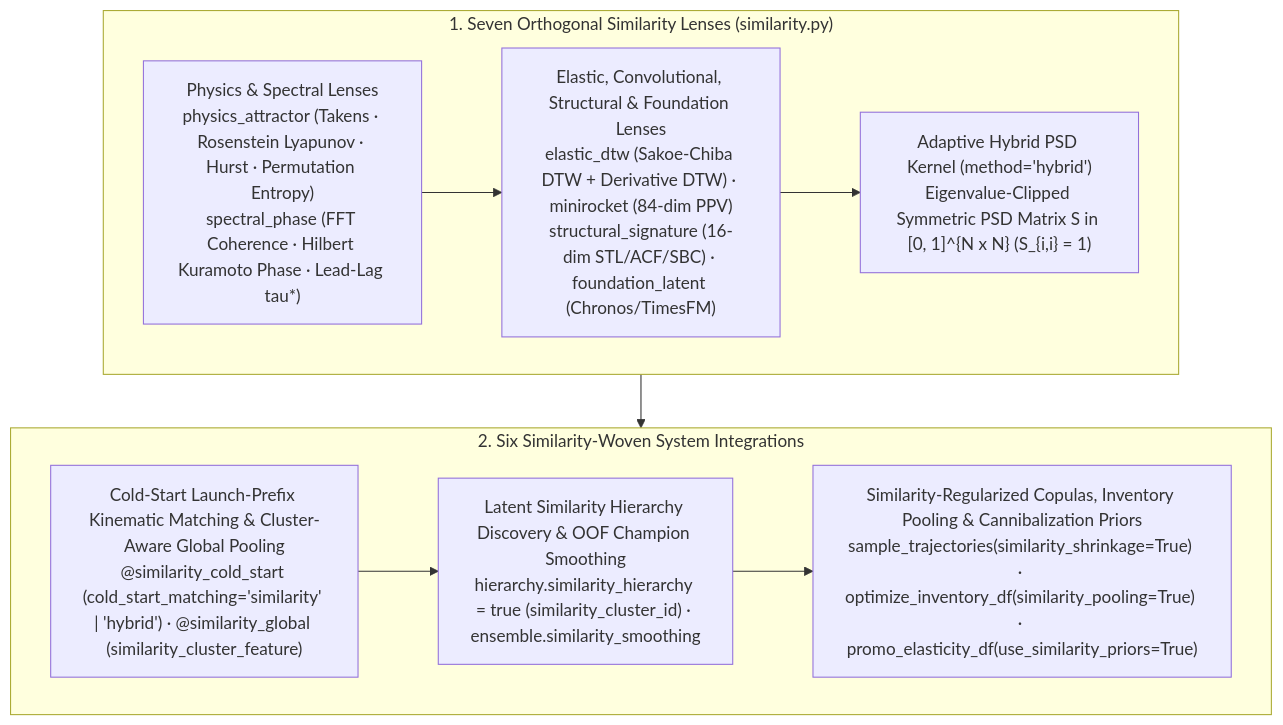
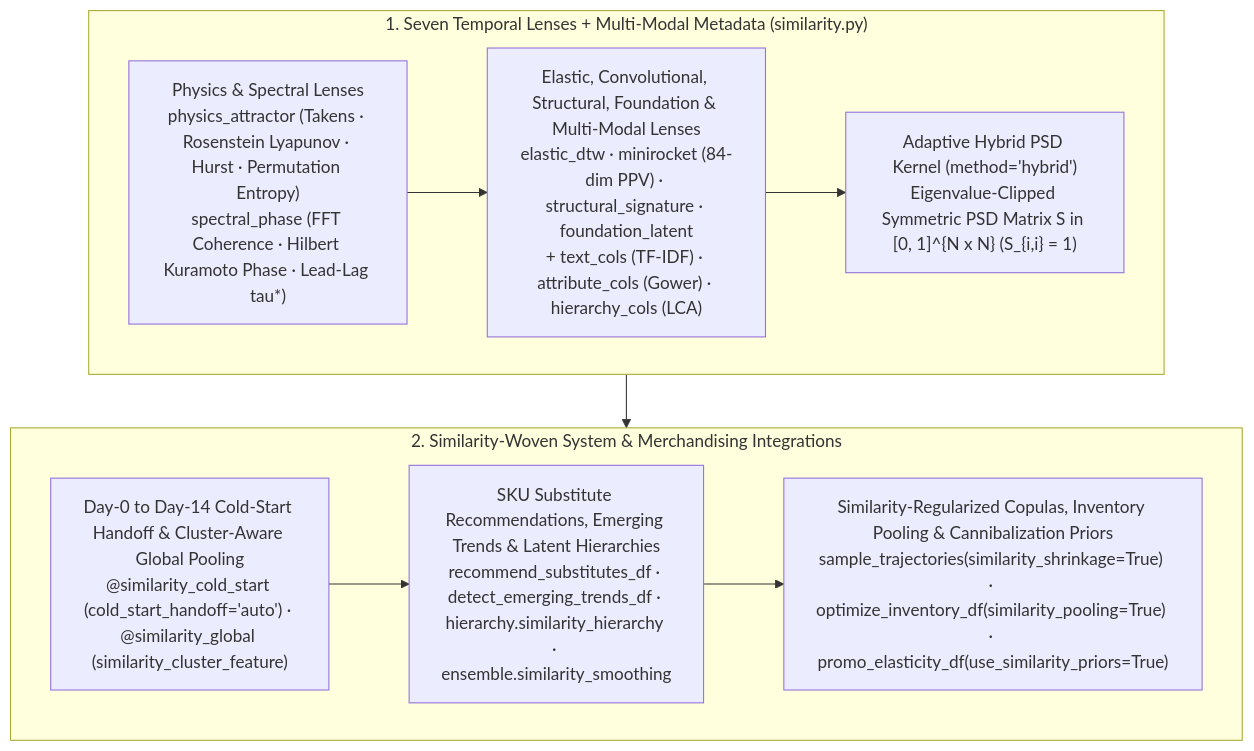
Before and after one commit to statmike/scale-forecasting: the fifth of 5 diagrams in docs/forecaster_workbench.md, drawn with Mermaid. The commit also changed other lines of this file and 21 other files, not shown here.

Commit message:
feat(sdk,mcp,docs,notebooks): expose multi-modal similarity, substitutes, and emerging trends across workbench, MCP, live cloud validation, and persisted notebooks

````diff
--- a/docs/forecaster_workbench.md
+++ b/docs/forecaster_workbench.md
@@ -264,16 +264,16 @@
 ```mermaid
 flowchart TD
-    subgraph LENS["1. Seven Orthogonal Similarity Lenses (similarity.py)"]
+    subgraph LENS["1. Seven Temporal Lenses + Multi-Modal Metadata (similarity.py)"]
         L1["Physics & Spectral Lenses<br/>physics_attractor (Takens · Rosenstein Lyapunov · Hurst · Permutation Entropy)<br/>spectral_phase (FFT Coherence · Hilbert Kuramoto Phase · Lead-Lag tau*)"]
-        L2["Elastic, Convolutional, Structural & Foundation Lenses<br/>elastic_dtw (Sakoe-Chiba DTW + Derivative DTW) · minirocket (84-dim PPV)<br/>structural_signature (16-dim STL/ACF/SBC) · foundation_latent (Chronos/TimesFM)"]
+        L2["Elastic, Convolutional, Structural, Foundation & Multi-Modal Lenses<br/>elastic_dtw · minirocket (84-dim PPV) · structural_signature · foundation_latent<br/>+ text_cols (TF-IDF) · attribute_cols (Gower) · hierarchy_cols (LCA)"]
         L3["Adaptive Hybrid PSD Kernel (method='hybrid')<br/>Eigenvalue-Clipped Symmetric PSD Matrix S in [0, 1]^{N x N} (S_{i,i} = 1)"]
         L1 --> L2 --> L3
     end
-    subgraph WEAVE["2. Six Similarity-Woven System Integrations"]
-        W1["Cold-Start Launch-Prefix Kinematic Matching & Cluster-Aware Global Pooling<br/>@similarity_cold_start (cold_start_matching='similarity' | 'hybrid') · @similarity_global (similarity_cluster_feature)"]
-        W2["Latent Similarity Hierarchy Discovery & OOF Champion Smoothing<br/>hierarchy.similarity_hierarchy = true (similarity_cluster_id) · ensemble.similarity_smoothing"]
+    subgraph WEAVE["2. Similarity-Woven System & Merchandising Integrations"]
+        W1["Day-0 to Day-14 Cold-Start Handoff & Cluster-Aware Global Pooling<br/>@similarity_cold_start (cold_start_handoff='auto') · @similarity_global (similarity_cluster_feature)"]
+        W2["SKU Substitute Recommendations, Emerging Trends & Latent Hierarchies<br/>recommend_substitutes_df · detect_emerging_trends_df · hierarchy.similarity_hierarchy · ensemble.similarity_smoothing"]
         W3["Similarity-Regularized Copulas, Inventory Pooling & Cannibalization Priors<br/>sample_trajectories(similarity_shrinkage=True) · optimize_inventory_df(similarity_pooling=True) · promo_elasticity_df(use_similarity_priors=True)"]
         W1 --> W2 --> W3
     end
     LENS --> WEAVE
 ```
````
